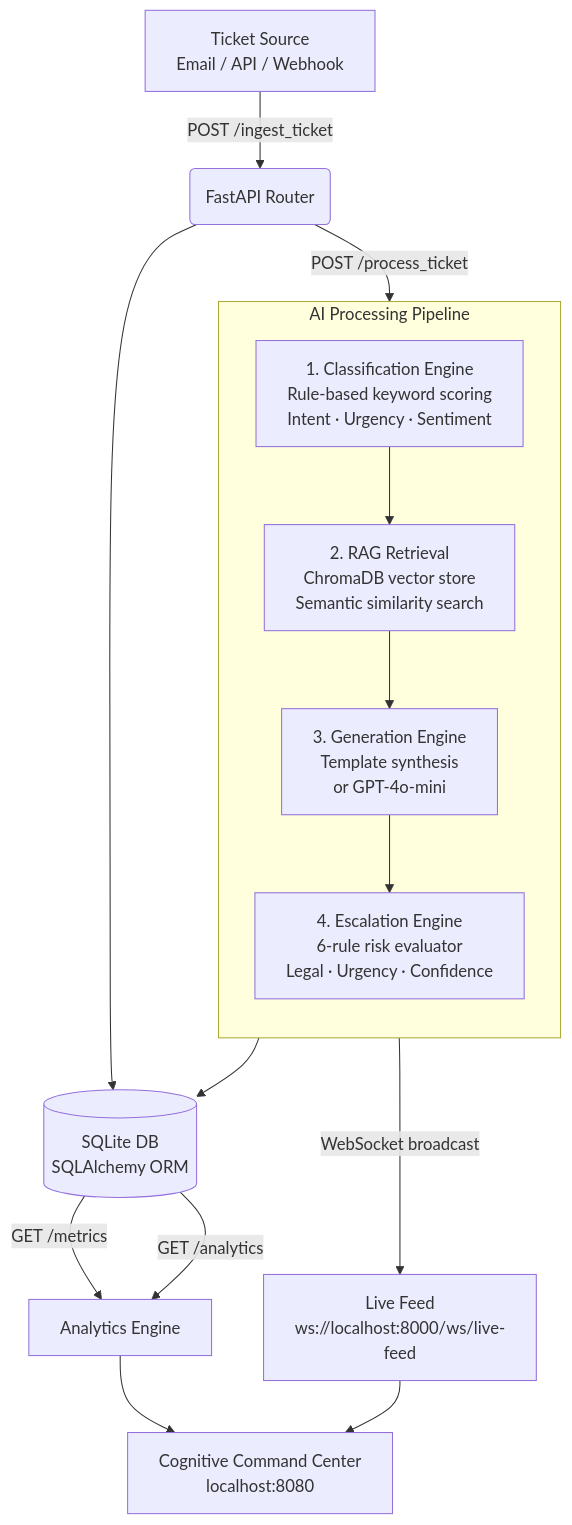
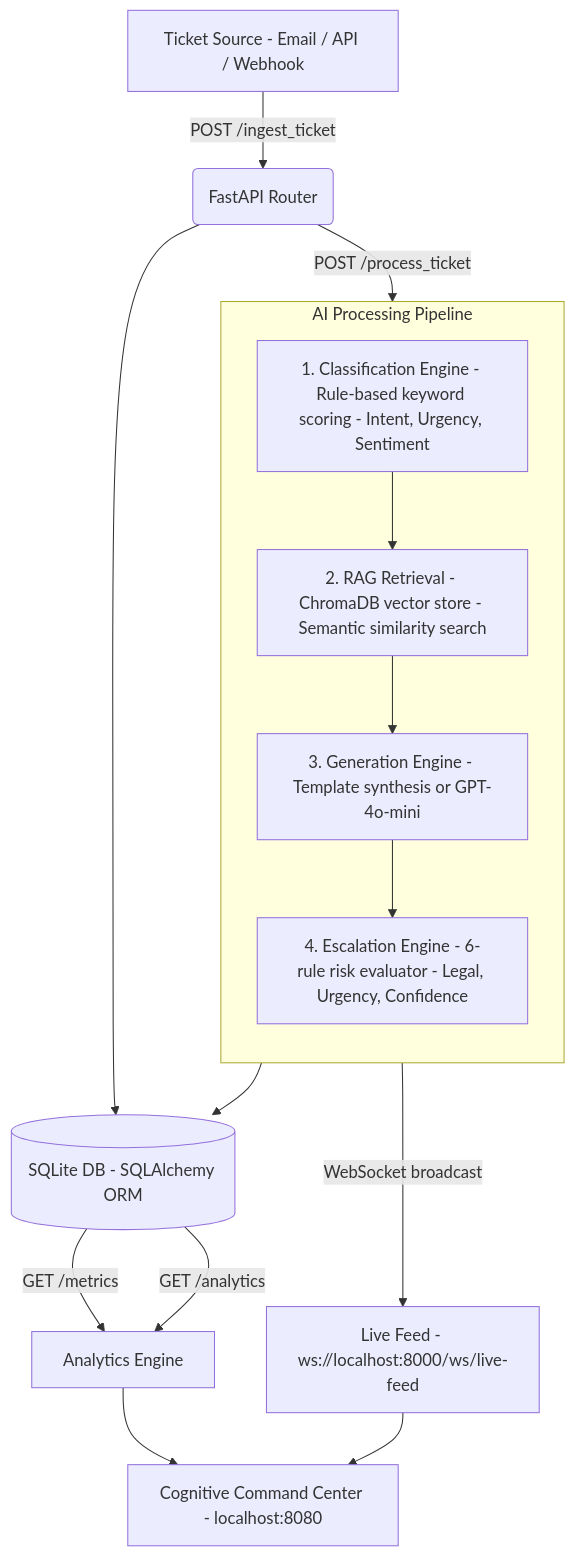
The first of 5 diagrams in README.md (Algo-Vision404/pro_3), drawn with Mermaid before and after one commit. The commit also changed other lines of this file and 2 other files, not shown here.

````diff
--- a/README.md
+++ b/README.md
@@ -36,22 +36,22 @@
 ```mermaid
 flowchart TD
-    A[Ticket Source<br/>Email / API / Webhook] -->|POST /ingest_ticket| B(FastAPI Router)
-    B --> DB[(SQLite DB<br/>SQLAlchemy ORM)]
+    A["Ticket Source - Email / API / Webhook"] -->|POST /ingest_ticket| B(FastAPI Router)
+    B --> DB[("SQLite DB - SQLAlchemy ORM")]
     B -->|POST /process_ticket| C{AI Pipeline}
 
     subgraph C [AI Processing Pipeline]
         direction TB
-        C1[1. Classification Engine<br/>Rule-based keyword scoring<br/>Intent · Urgency · Sentiment]
-        C2[2. RAG Retrieval<br/>ChromaDB vector store<br/>Semantic similarity search]
-        C3[3. Generation Engine<br/>Template synthesis<br/>or GPT-4o-mini]
-        C4[4. Escalation Engine<br/>6-rule risk evaluator<br/>Legal · Urgency · Confidence]
+        C1["1. Classification Engine - Rule-based keyword scoring - Intent, Urgency, Sentiment"]
+        C2["2. RAG Retrieval - ChromaDB vector store - Semantic similarity search"]
+        C3["3. Generation Engine - Template synthesis or GPT-4o-mini"]
+        C4["4. Escalation Engine - 6-rule risk evaluator - Legal, Urgency, Confidence"]
         C1 --> C2 --> C3 --> C4
     end
 
     C --> DB
-    C -->|WebSocket broadcast| WS[Live Feed<br/>ws://localhost:8000/ws/live-feed]
+    C -->|WebSocket broadcast| WS["Live Feed - ws://localhost:8000/ws/live-feed"]
     DB -->|GET /metrics| METRICS[Analytics Engine]
     DB -->|GET /analytics| METRICS
-    WS --> UI[Cognitive Command Center<br/>localhost:8080]
+    WS --> UI["Cognitive Command Center - localhost:8080"]
     METRICS --> UI
 ```
````
